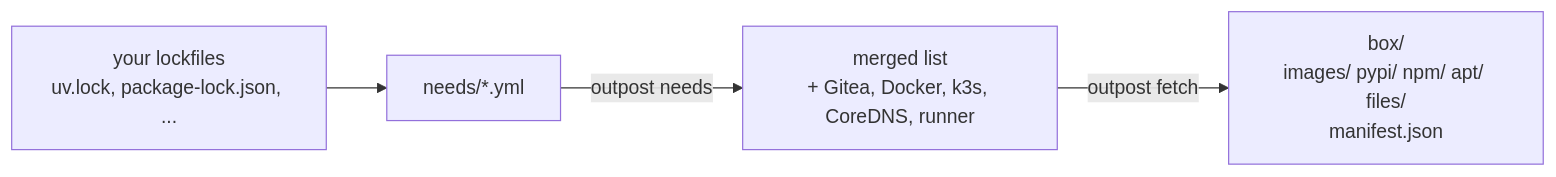
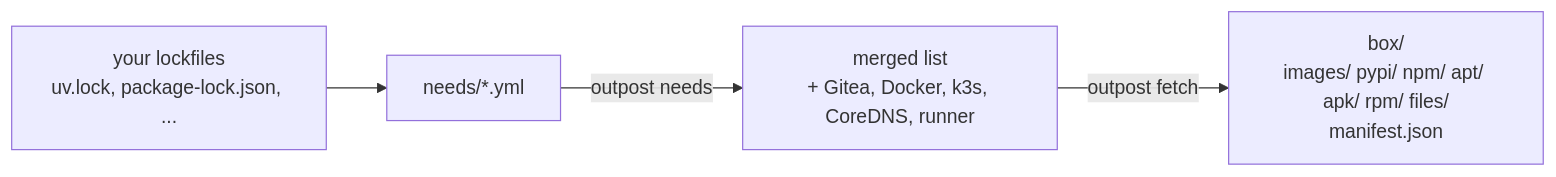
Before and after one commit to bshadmehr98/outpost: the diagram in docs/tutorial/04-needs-and-fetch.md, drawn with Mermaid. The commit also changed other lines of this file and 54 other files, not shown here.

````diff
--- a/docs/tutorial/04-needs-and-fetch.md
+++ b/docs/tutorial/04-needs-and-fetch.md
@@ -7,6 +7,6 @@
 ```mermaid
 flowchart LR
     lock["your lockfiles<br/>uv.lock, package-lock.json, ..."] --> needs["needs/*.yml"]
     needs -- "outpost needs" --> list["merged list<br/>+ Gitea, Docker, k3s, CoreDNS, runner"]
-    list -- "outpost fetch" --> box["box/<br/>images/ pypi/ npm/ apt/ files/<br/>manifest.json"]
+    list -- "outpost fetch" --> box["box/<br/>images/ pypi/ npm/ apt/ apk/ rpm/ files/<br/>manifest.json"]
 ```
````
